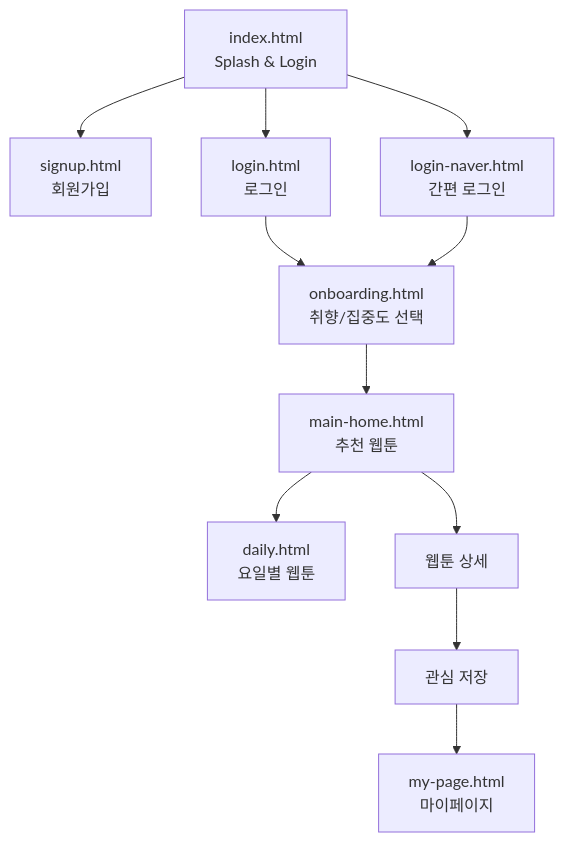
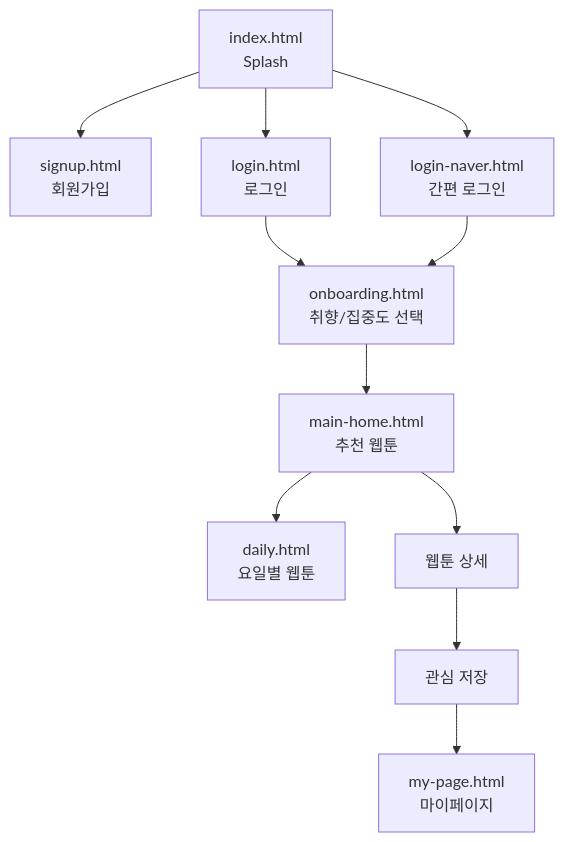
One commit to yujj9705/naver-webtoon changed the second of 7 diagrams in README.md. Above: the diagram before and after it, drawn with Mermaid.

````diff
--- a/README.md
+++ b/README.md
@@ -77,21 +77,21 @@
 ```mermaid
 flowchart TD
 
-    A[index.html<br/>Splash & Login]
+    A[index.html<br/>Splash]
 
     A --> B[signup.html<br/>회원가입]
     A --> C[login.html<br/>로그인]
     A --> D[login-naver.html<br/>간편 로그인]
 
     C --> E[onboarding.html<br/>취향/집중도 선택]
     D --> E
 
     E --> F[main-home.html<br/>추천 웹툰]
 
     F --> G[daily.html<br/>요일별 웹툰]
     F --> H[웹툰 상세]
 
     H --> I[관심 저장]
 
     I --> J[my-page.html<br/>마이페이지]
 ```
````
